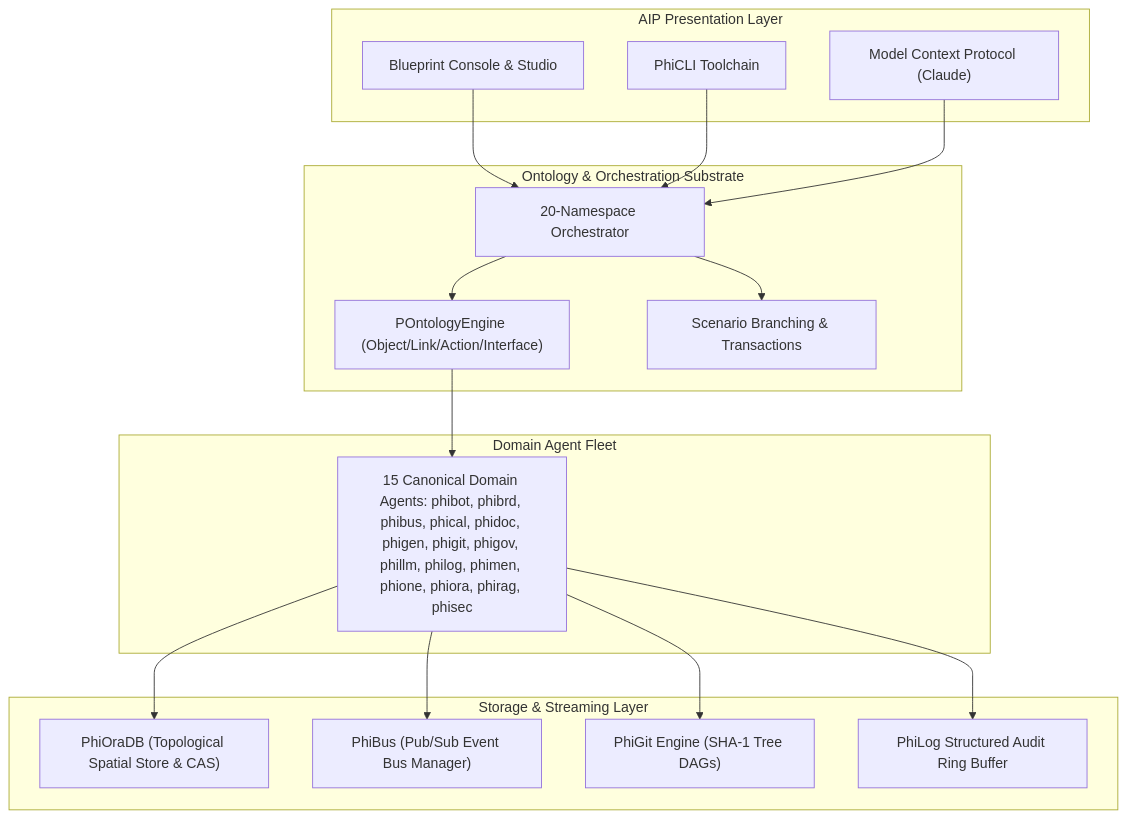
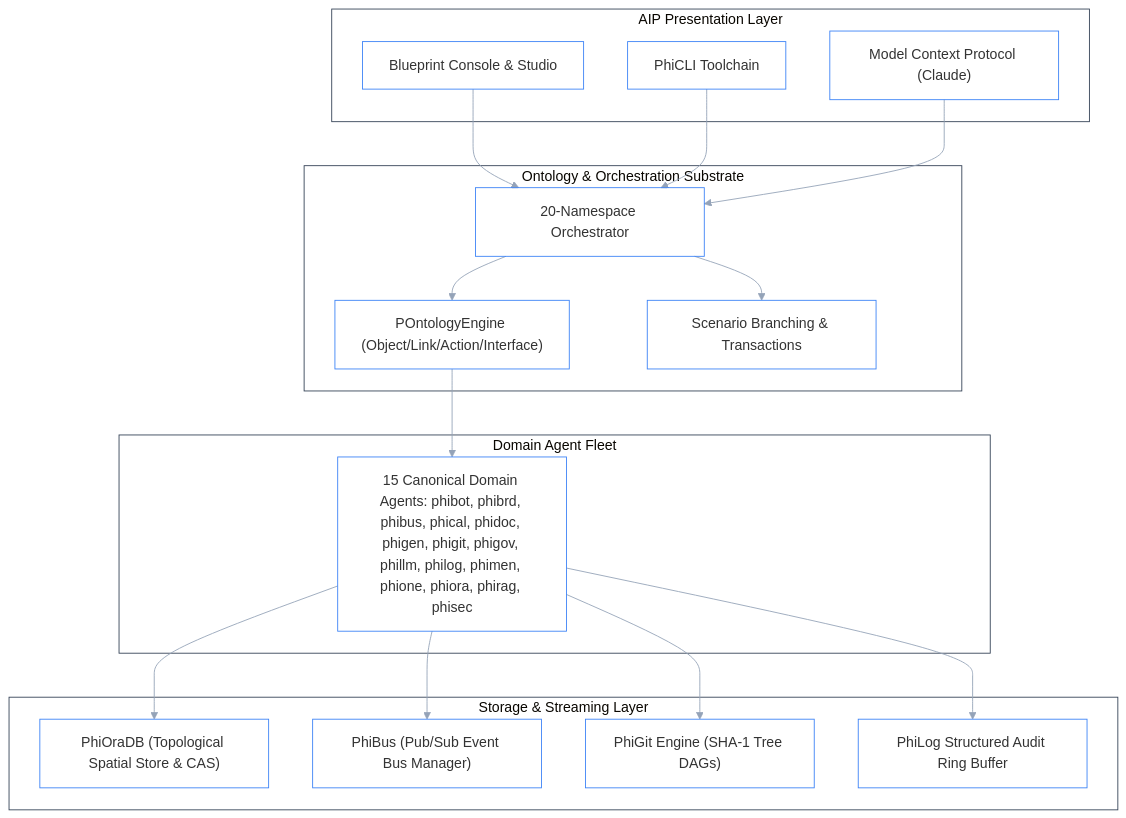
Before and after one commit to gemphi/phiant: the diagram in docs/v2/README.md, drawn with Mermaid. The commit also changed 4 other files, not shown here.

Commit message:
style: configure transparent seamless backgrounds for all Mermaid diagrams across documentation

````diff
--- a/docs/v2/README.md
+++ b/docs/v2/README.md
@@ -9,30 +9,32 @@
 ```mermaid
+%%{init: {'theme': 'base', 'themeVariables': {'background': 'transparent', 'mainBkg': 'transparent', 'nodeBorder': '#3b82f6', 'clusterBkg': 'transparent', 'clusterBorder': '#334155', 'lineColor': '#94a3b8', 'textColor': '#f1f5f9'}}}%%
 graph TD
+
     subgraph "AIP Presentation Layer"
         UI["Blueprint Console & Studio"]
         CLI["PhiCLI Toolchain"]
         MCP["Model Context Protocol (Claude)"]
     end
 
     subgraph "Ontology & Orchestration Substrate"
         Orch["20-Namespace Orchestrator"]
         Onto["POntologyEngine (Object/Link/Action/Interface)"]
         Scen["Scenario Branching & Transactions"]
     end
 
     subgraph "Domain Agent Fleet"
         Fleet["15 Canonical Domain Agents: phibot, phibrd, phibus, phical, phidoc, phigen, phigit, phigov, phillm, philog, phimen, phione, phiora, phirag, phisec"]
     end
 
     subgraph "Storage & Streaming Layer"
         OraDB["PhiOraDB (Topological Spatial Store & CAS)"]
         Bus["PhiBus (Pub/Sub Event Bus Manager)"]
         Git["PhiGit Engine (SHA-1 Tree DAGs)"]
         Log["PhiLog Structured Audit Ring Buffer"]
     end
 
     UI & CLI & MCP --> Orch
     Orch --> Onto & Scen
     Onto --> Fleet
     Fleet --> OraDB & Bus & Git & Log
 ```
````
